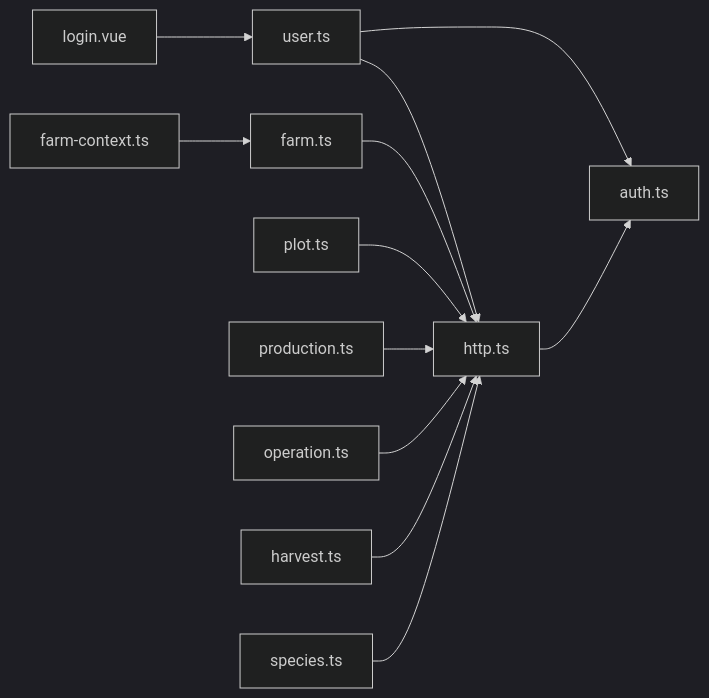
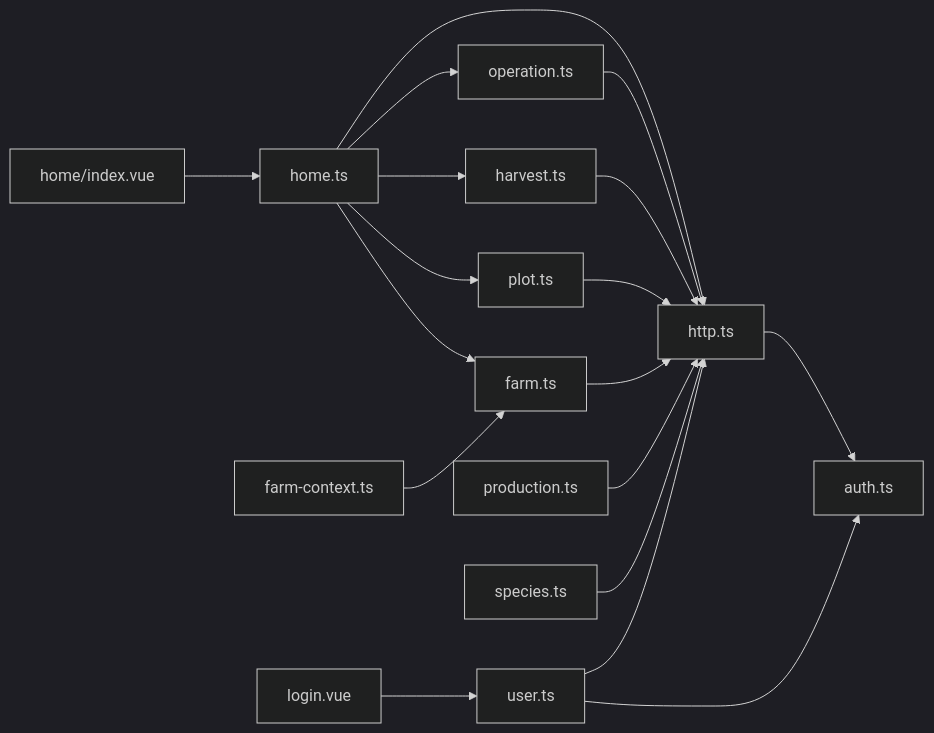
Before and after one commit to wungjyan/pocket-farm: the sixth of 6 diagrams in .qoder/repowiki/zh/content/前端应用/服务层封装.md, drawn with Mermaid (dark theme). The commit also changed other lines of this file and 198 other files, not shown here.

````diff
--- a/.qoder/repowiki/zh/content/前端应用/服务层封装.md
+++ b/.qoder/repowiki/zh/content/前端应用/服务层封装.md
@@ -257,14 +285,20 @@
 ```mermaid
 graph LR
 Http["http.ts"] --> Auth["auth.ts"]
 User["user.ts"] --> Http
 User --> Auth
+Home["home.ts"] --> Http
+Home --> Operation["operation.ts"]
+Home --> Harvest["harvest.ts"]
+Home --> Plot["plot.ts"]
+Home --> Farm["farm.ts"]
 Farm["farm.ts"] --> Http
 Plot["plot.ts"] --> Http
 Production["production.ts"] --> Http
 Operation["operation.ts"] --> Http
 Harvest["harvest.ts"] --> Http
 Species["species.ts"] --> Http
 FarmCtx["farm-context.ts"] --> Farm
 Login["login.vue"] --> User
+HomePage["home/index.vue"] --> Home
 ```
````
